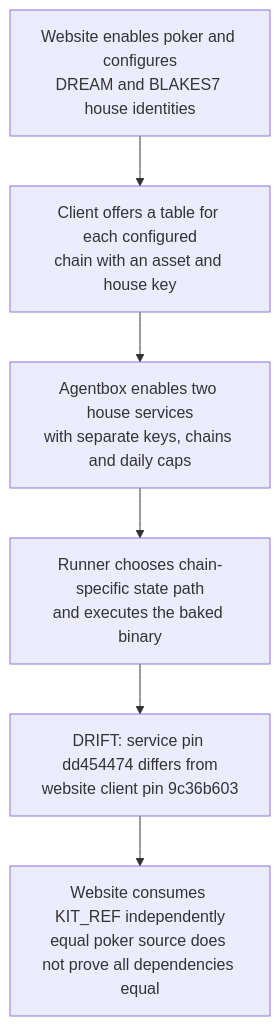
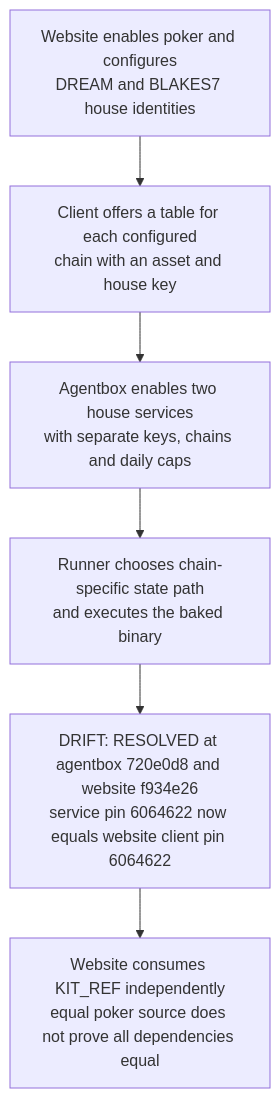
Before and after one commit to DreamLab-AI/VisionFlow: the first of 6 diagrams in docs/diagrams/dreamlab-ai-website/10-poker-tables-credit-and-recovery.md, drawn with Mermaid. The commit also changed other lines of this file and 59 other files, not shown here.

First line of the commit message:
docs(diagrams): re-derive and re-stamp forum, website, pod, ontomark and sealmap topics

````diff
--- a/docs/diagrams/dreamlab-ai-website/10-poker-tables-credit-and-recovery.md
+++ b/docs/diagrams/dreamlab-ai-website/10-poker-tables-credit-and-recovery.md
@@ -42,20 +42,20 @@
 ```mermaid
 flowchart TB
     %% Source: ../dreamlab-ai-website/forum-config/dreamlab.toml:320
     A["Website enables poker and configures<br/>DREAM and BLAKES7 house identities"]
     %% Source: ../nostr-rust-forum/crates/nostr-bbs-forum-client/src/poker/mod.rs:265
     B["Client offers a table for each configured<br/>chain with an asset and house key"]
-    %% Source: ../project/agentbox/agentbox.toml:2034
+    %% Source: ../project/agentbox/agentbox.toml:2039
     C["Agentbox enables two house services<br/>with separate keys, chains and daily caps"]
     %% Source: ../project/agentbox/config/poker/run-citizen.sh:23
     D["Runner chooses chain-specific state path<br/>and executes the baked binary"]
-    %% Source: ../project/agentbox/lib/poker-citizen.nix:32
-    E["DRIFT: service pin dd454474 differs from<br/>website client pin 9c36b603"]
+    %% Source: ../project/agentbox/lib/poker-citizen.nix:31
+    E["DRIFT: RESOLVED at agentbox 720e0d8 and website f934e26<br/>service pin 6064622 now equals website client pin 6064622"]
     %% Source: ../dreamlab-ai-website/.github/workflows/deploy.yml:130
     F["Website consumes KIT_REF independently<br/>equal poker source does not prove all dependencies equal"]
     A --> B
     B --> C
     C --> D
     D --> E
     E --> F
 ```
````
